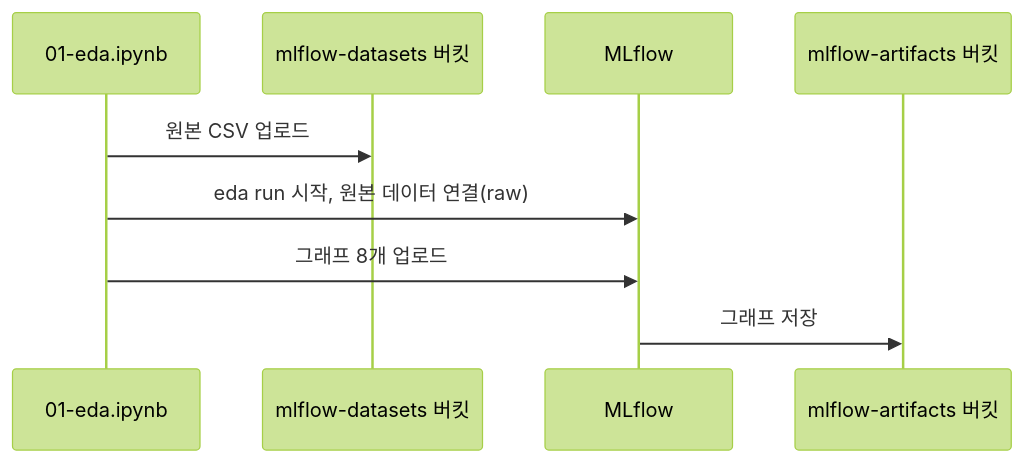
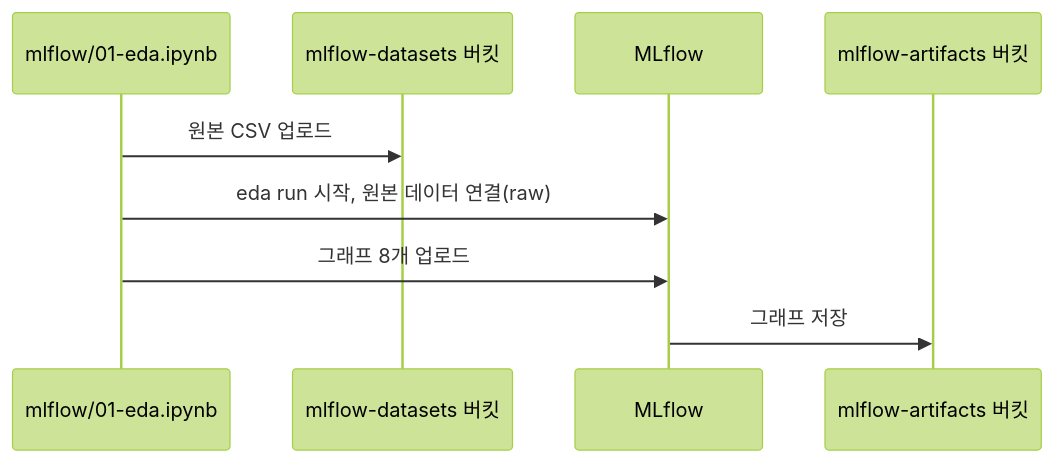
The first of 2 diagrams in mlops/ml-platform-engineering-part2/docs/7-lab1-eda.md (choisungwook/portfolio), drawn with Mermaid (forest theme) before and after one commit. The commit also changed other lines of this file and 17 other files, not shown here.

````diff
--- a/mlops/ml-platform-engineering-part2/docs/7-lab1-eda.md
+++ b/mlops/ml-platform-engineering-part2/docs/7-lab1-eda.md
@@ -72,11 +96,11 @@
 ```mermaid
 sequenceDiagram
-  participant NB as 01-eda.ipynb
+  participant NB as mlflow/01-eda.ipynb
   participant S3D as mlflow-datasets 버킷
   participant ML as MLflow
   participant S3A as mlflow-artifacts 버킷
   NB->>S3D: 원본 CSV 업로드
   NB->>ML: eda run 시작, 원본 데이터 연결(raw)
   NB->>ML: 그래프 8개 업로드
   ML->>S3A: 그래프 저장
 ```
````
